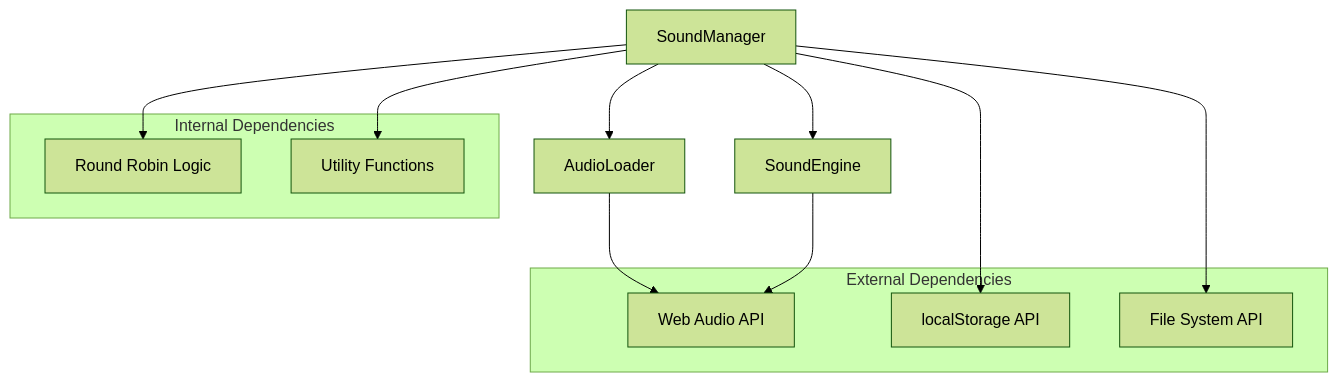
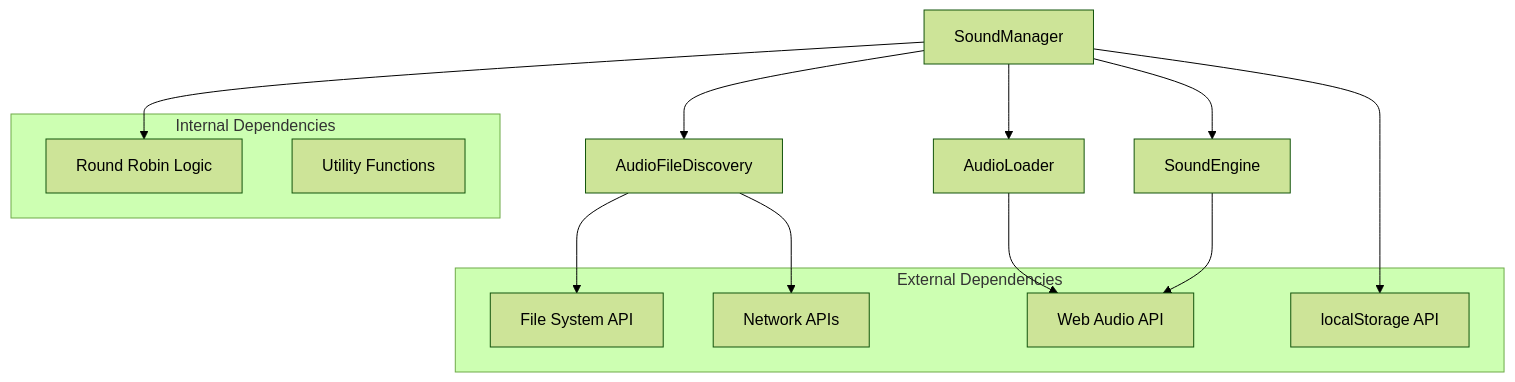
One commit to satyrlord/mb changed the ninth of 9 diagrams in .qoder/repowiki/en/content/Architecture Overview/Audio System Architecture/Sound Manager Component.md. Above: the diagram before and after it, drawn with Mermaid (forest theme). The commit also changed other lines of this file and 11 other files, not shown here.

First line of the commit message:
docs(audio-file-discovery): add detailed module documentation

````diff
--- a/.qoder/repowiki/en/content/Architecture Overview/Audio System Architecture/Sound Manager Component.md
+++ b/.qoder/repowiki/en/content/Architecture Overview/Audio System Architecture/Sound Manager Component.md
@@ -331,20 +399,22 @@
 ```mermaid
 graph TB
 SM[SoundManager] --> SE[SoundEngine]
 SM --> AL[AudioLoader]
 SM --> RR[RandomRoundRobinPicker]
-SM --> U[Utils.shuffle]
+SM --> AFD[AudioFileDiscovery]
+AFD --> FS[File System]
+AFD --> NET[Network APIs]
 AL --> AC[AudioContext]
 SE --> AC
 SM --> LS[localStorage]
-SM --> FS[File System]
 subgraph "External Dependencies"
 AC[Web Audio API]
 LS[localStorage API]
 FS[File System API]
+NET[Network APIs]
 end
 subgraph "Internal Dependencies"
 U[Utility Functions]
 RR[Round Robin Logic]
 end
 ```
````
